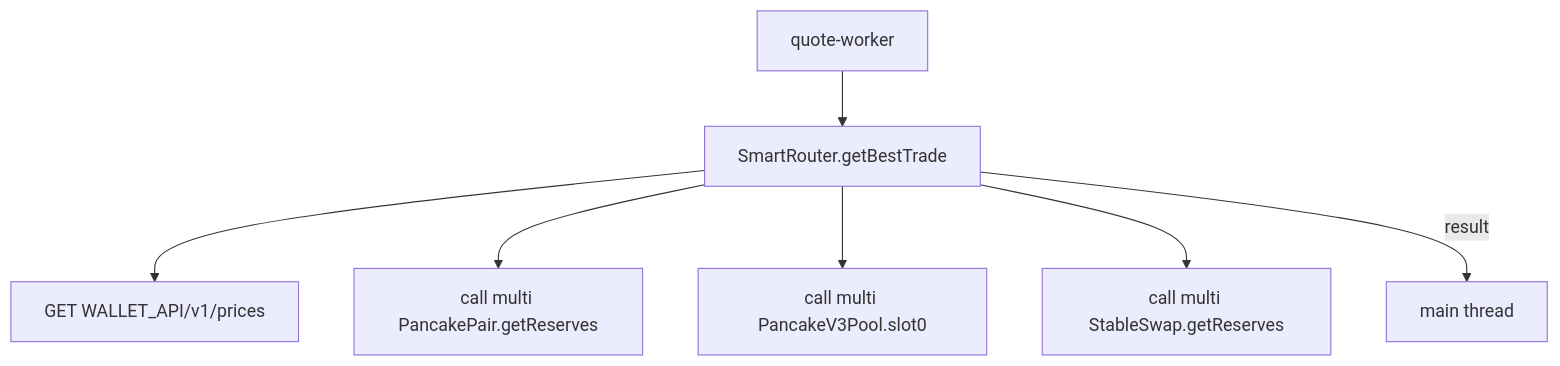
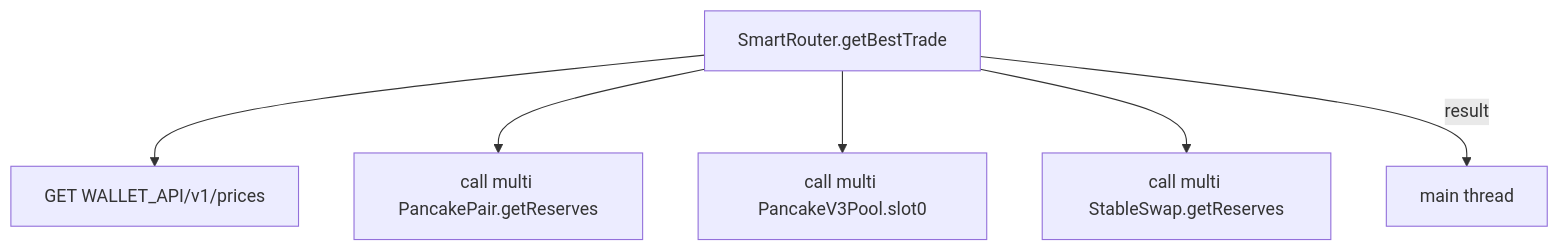
The second of 5 diagrams in apps/web/src/quoter/viz.md (chef-ryan/pancake-frontend), drawn with Mermaid before and after one commit. The commit also changed other lines of this file, not shown here.

````diff
--- a/apps/web/src/quoter/viz.md
+++ b/apps/web/src/quoter/viz.md
@@ -102,10 +100,9 @@
 ```mermaid
 flowchart TD
-    QW[quote-worker]
-    QW --> SR[SmartRouter.getBestTrade]
+    SR[SmartRouter.getBestTrade]
     SR --> WA["GET WALLET_API/v1/prices"]
     SR --> V2["call multi PancakePair.getReserves"]
     SR --> V3["call multi PancakeV3Pool.slot0"]
     SR --> ST["call multi StableSwap.getReserves"]
     SR -->|result| MAIN[main thread]
 ```
````
